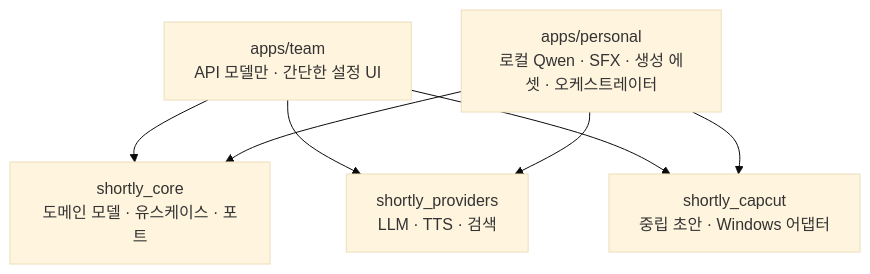
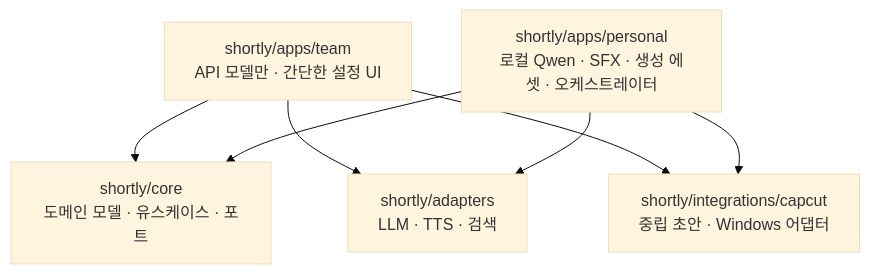
Before and after one commit to preisters/shortly: the diagram in docs/team-personal-split-plan.md, drawn with Mermaid (base theme). The commit also changed other lines of this file and 10 other files, not shown here.

Commit message:
docs: record product decisions and implementation roadmap

````diff
--- a/docs/team-personal-split-plan.md
+++ b/docs/team-personal-split-plan.md
@@ -12,15 +18,15 @@
 ```mermaid
 flowchart TB
-    CORE["shortly_core<br/>도메인 모델 · 유스케이스 · 포트"]
-    PROVIDERS["shortly_providers<br/>LLM · TTS · 검색"]
-    CAPCUT["shortly_capcut<br/>중립 초안 · Windows 어댑터"]
-    TEAM["apps/team<br/>API 모델만 · 간단한 설정 UI"]
-    PERSONAL["apps/personal<br/>로컬 Qwen · SFX · 생성 에셋 · 오케스트레이터"]
+    CORE["shortly/core<br/>도메인 모델 · 유스케이스 · 포트"]
+    PROVIDERS["shortly/adapters<br/>LLM · TTS · 검색"]
+    CAPCUT["shortly/integrations/capcut<br/>중립 초안 · Windows 어댑터"]
+    TEAM["shortly/apps/team<br/>API 모델만 · 간단한 설정 UI"]
+    PERSONAL["shortly/apps/personal<br/>로컬 Qwen · SFX · 생성 에셋 · 오케스트레이터"]
 
     TEAM --> CORE
     TEAM --> PROVIDERS
     TEAM --> CAPCUT
     PERSONAL --> CORE
     PERSONAL --> PROVIDERS
     PERSONAL --> CAPCUT
 ```
````
